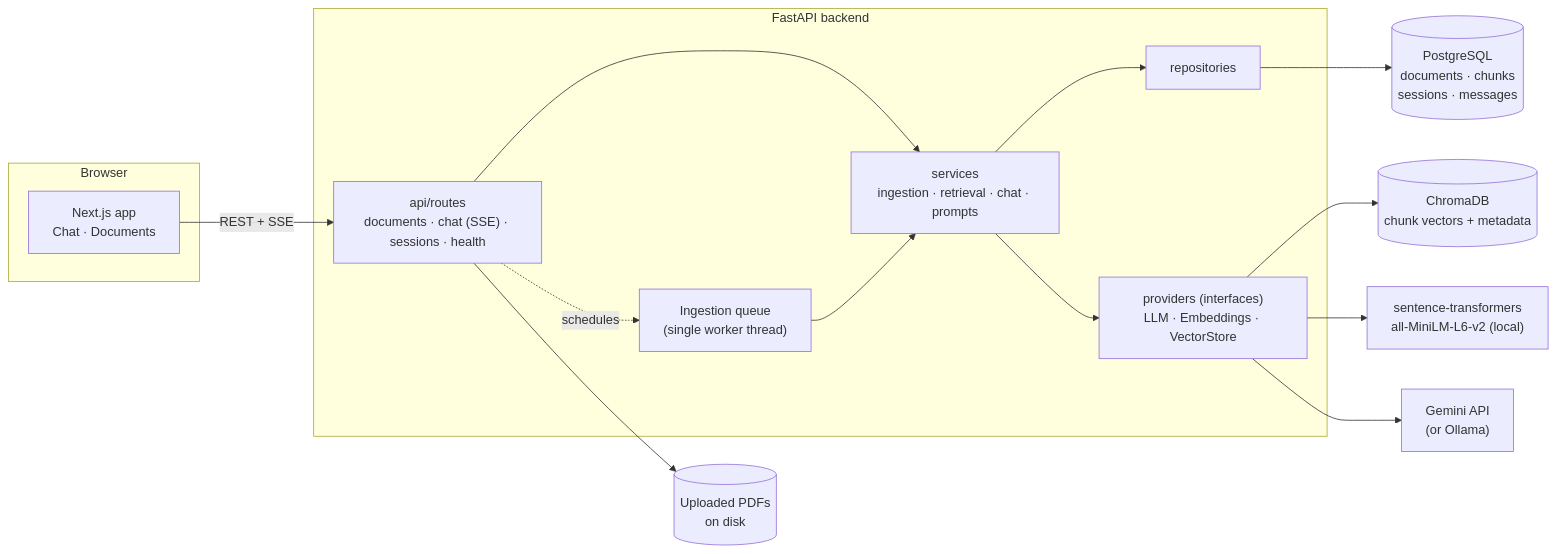
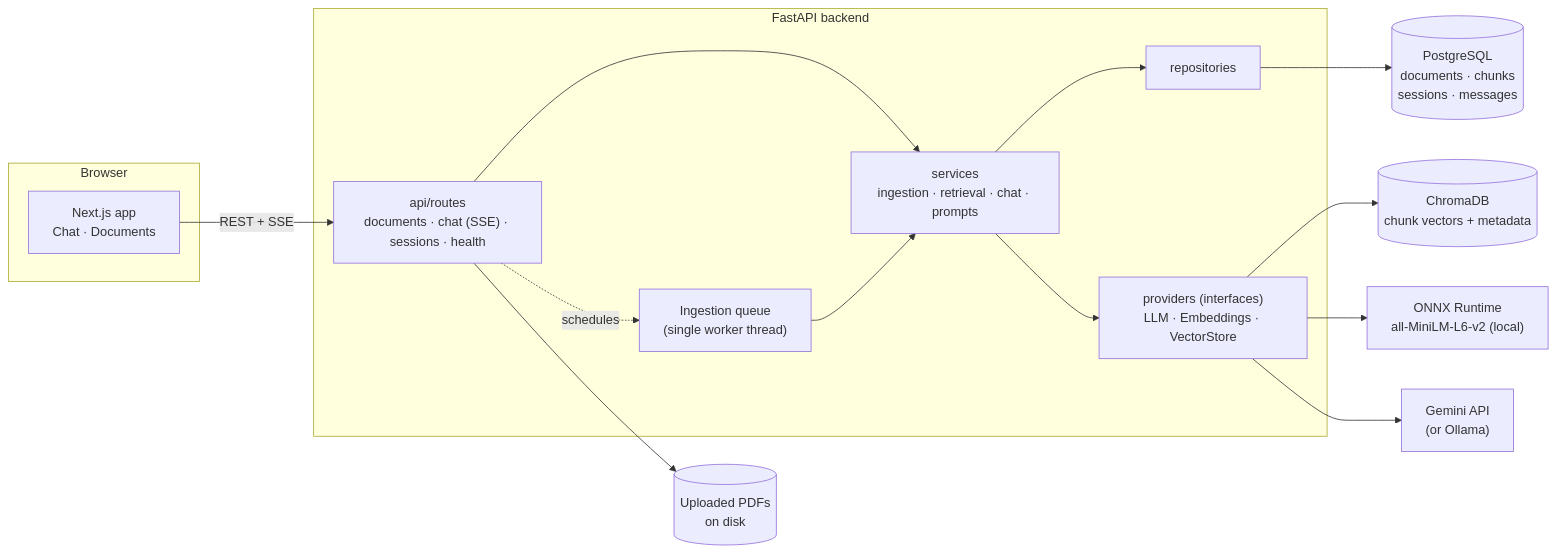
Before and after one commit to dtgdheerajkashyap-droid/documind: the first of 3 diagrams in README.md, drawn with Mermaid. The commit also changed other lines of this file and 8 other files, not shown here.

First line of the commit message:
Run embeddings on ONNX Runtime and deploy the backend to Render

````diff
--- a/README.md
+++ b/README.md
@@ -66,31 +66,31 @@
 ```mermaid
 flowchart LR
     subgraph Browser
         UI["Next.js app<br/>Chat · Documents"]
     end
 
     subgraph API["FastAPI backend"]
         R["api/routes<br/>documents · chat (SSE) · sessions · health"]
         S["services<br/>ingestion · retrieval · chat · prompts"]
         REPO["repositories"]
         P["providers (interfaces)<br/>LLM · Embeddings · VectorStore"]
         BG["Ingestion queue<br/>(single worker thread)"]
     end
 
     PG[("PostgreSQL<br/>documents · chunks<br/>sessions · messages")]
     CH[("ChromaDB<br/>chunk vectors + metadata")]
-    ST["sentence-transformers<br/>all-MiniLM-L6-v2 (local)"]
+    ST["ONNX Runtime<br/>all-MiniLM-L6-v2 (local)"]
     LLM["Gemini API<br/>(or Ollama)"]
     FS[("Uploaded PDFs<br/>on disk")]
 
     UI -- "REST + SSE" --> R
     R --> S
     R -. schedules .-> BG
     BG --> S
     S --> REPO --> PG
     S --> P
     P --> CH
     P --> ST
     P --> LLM
     R --> FS
 ```
````
